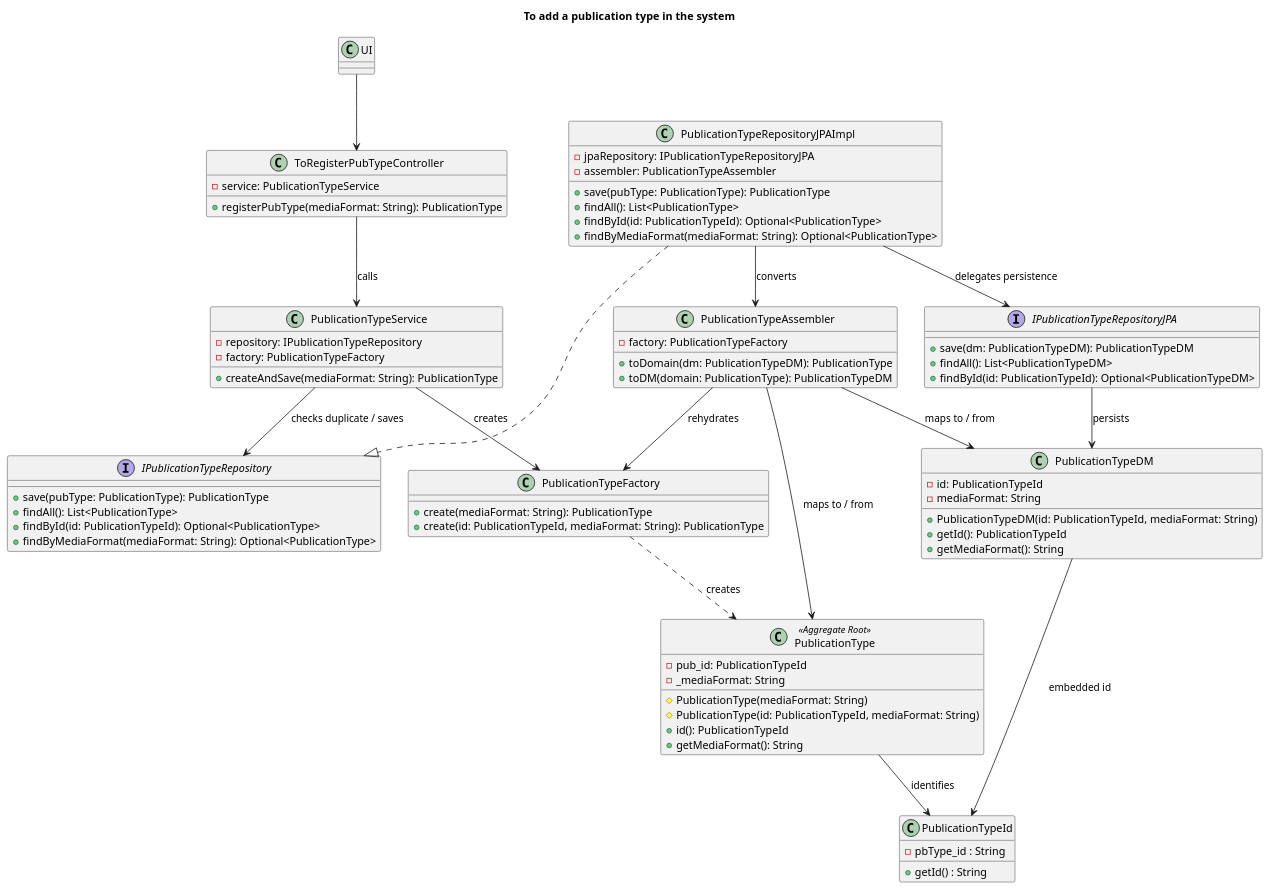
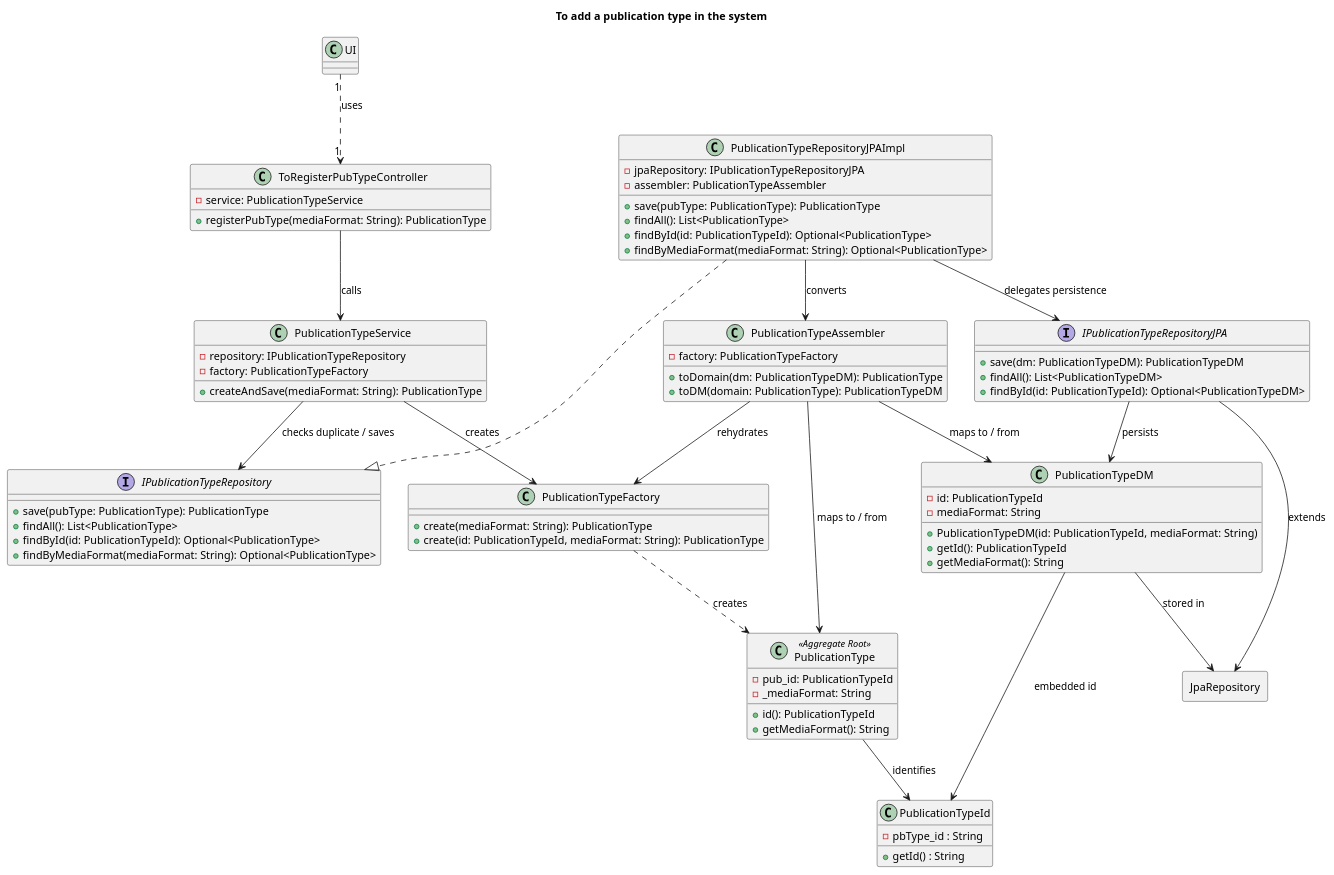
Before and after one commit to AndrePereiraGitH/SWitCH-Project-Team_A: the diagram in Diagrams/ClassDiagrams/To-register-a-publication-type.puml, drawn with PlantUML. The commit also changed 1 other file, not shown here.

Commit message:
diagrams: updated diagrams with persistance for register publication type feature #771

```diff
--- a/Diagrams/ClassDiagrams/To-register-a-publication-type.puml
+++ b/Diagrams/ClassDiagrams/To-register-a-publication-type.puml
@@ -1,91 +1,95 @@
 @startuml
 title To add a publication type in the system
 
 class UI
 
 class ToRegisterPubTypeController {
   - service: PublicationTypeService
   + registerPubType(mediaFormat: String): PublicationType
 }
 
 class PublicationTypeService {
   - repository: IPublicationTypeRepository
   - factory: PublicationTypeFactory
   + createAndSave(mediaFormat: String): PublicationType
 }
 
 interface IPublicationTypeRepository {
   + save(pubType: PublicationType): PublicationType
   + findAll(): List<PublicationType>
   + findById(id: PublicationTypeId): Optional<PublicationType>
   + findByMediaFormat(mediaFormat: String): Optional<PublicationType>
 }
 
 class PublicationTypeRepositoryJPAImpl {
   - jpaRepository: IPublicationTypeRepositoryJPA
   - assembler: PublicationTypeAssembler
   + save(pubType: PublicationType): PublicationType
   + findAll(): List<PublicationType>
   + findById(id: PublicationTypeId): Optional<PublicationType>
   + findByMediaFormat(mediaFormat: String): Optional<PublicationType>
 }
 
 interface IPublicationTypeRepositoryJPA {
   + save(dm: PublicationTypeDM): PublicationTypeDM
   + findAll(): List<PublicationTypeDM>
   + findById(id: PublicationTypeId): Optional<PublicationTypeDM>
 }
 
 class PublicationTypeAssembler {
   - factory: PublicationTypeFactory
   + toDomain(dm: PublicationTypeDM): PublicationType
   + toDM(domain: PublicationType): PublicationTypeDM
 }
 
 class PublicationTypeFactory {
   + create(mediaFormat: String): PublicationType
   + create(id: PublicationTypeId, mediaFormat: String): PublicationType
 }
 
 class PublicationType <<Aggregate Root>> {
   - pub_id: PublicationTypeId
   - _mediaFormat: String
-  # PublicationType(mediaFormat: String)
-  # PublicationType(id: PublicationTypeId, mediaFormat: String)
   + id(): PublicationTypeId
   + getMediaFormat(): String
 }
 
 class PublicationTypeDM {
   - id: PublicationTypeId
   - mediaFormat: String
   + PublicationTypeDM(id: PublicationTypeId, mediaFormat: String)
   + getId(): PublicationTypeId
   + getMediaFormat(): String
 }
 
 class PublicationTypeId {
   -pbType_id : String
   +getId() : String
 }
 
-UI --> ToRegisterPubTypeController
+Rectangle JpaRepository {
+}
+
+UI "1" ..> "1" ToRegisterPubTypeController : uses
 
 ToRegisterPubTypeController --> PublicationTypeService : calls
 PublicationTypeService --> IPublicationTypeRepository : checks duplicate / saves
 PublicationTypeService --> PublicationTypeFactory : creates
 
 PublicationTypeRepositoryJPAImpl ..|> IPublicationTypeRepository
 PublicationTypeRepositoryJPAImpl --> IPublicationTypeRepositoryJPA : delegates persistence
 PublicationTypeRepositoryJPAImpl --> PublicationTypeAssembler : converts
 
 IPublicationTypeRepositoryJPA --> PublicationTypeDM : persists
 PublicationTypeAssembler --> PublicationTypeFactory : rehydrates
 PublicationTypeAssembler --> PublicationTypeDM : maps to / from
 PublicationTypeAssembler --> PublicationType : maps to / from
 
 PublicationTypeFactory ..> PublicationType : creates
 PublicationType --> PublicationTypeId : identifies
 PublicationTypeDM --> PublicationTypeId : embedded id
 
+IPublicationTypeRepositoryJPA --> JpaRepository : extends
+PublicationTypeDM --> JpaRepository : stored in
+
 @enduml
```
